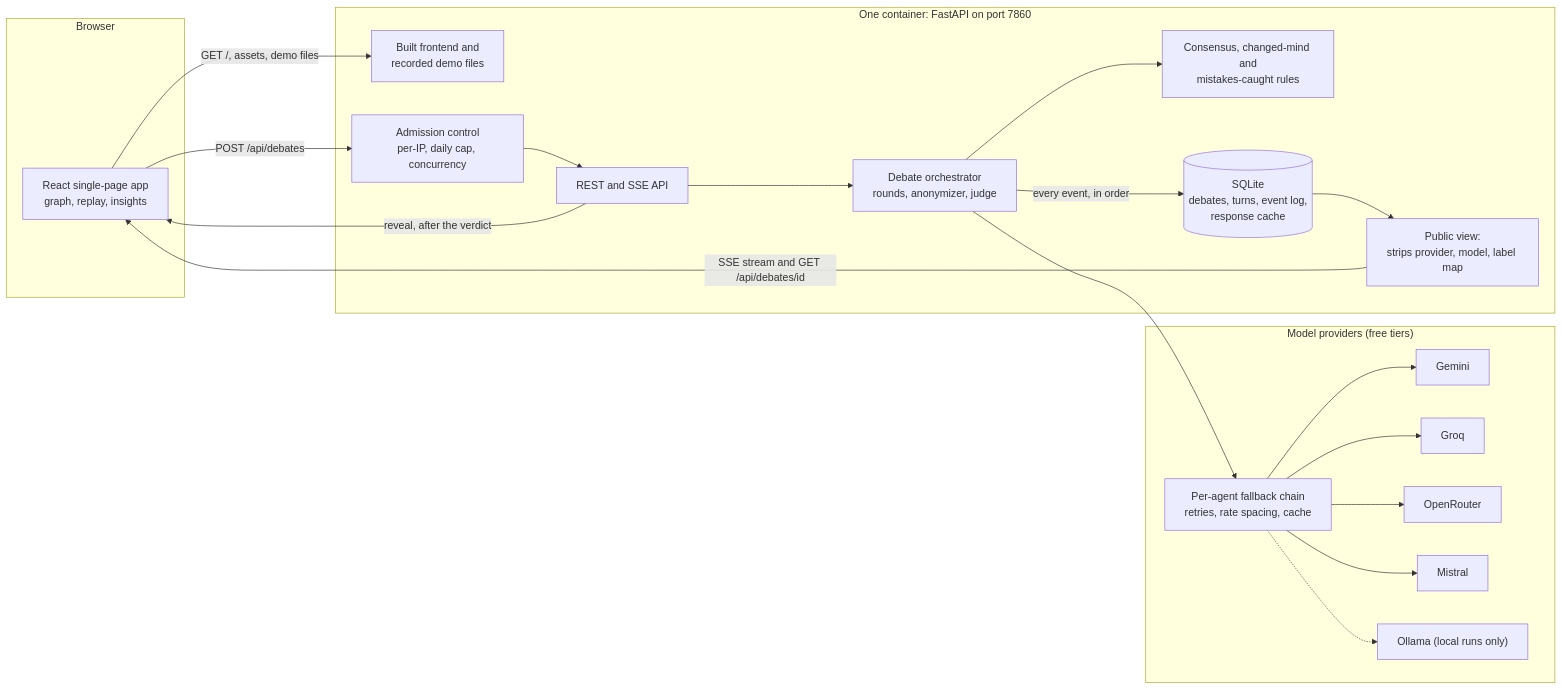
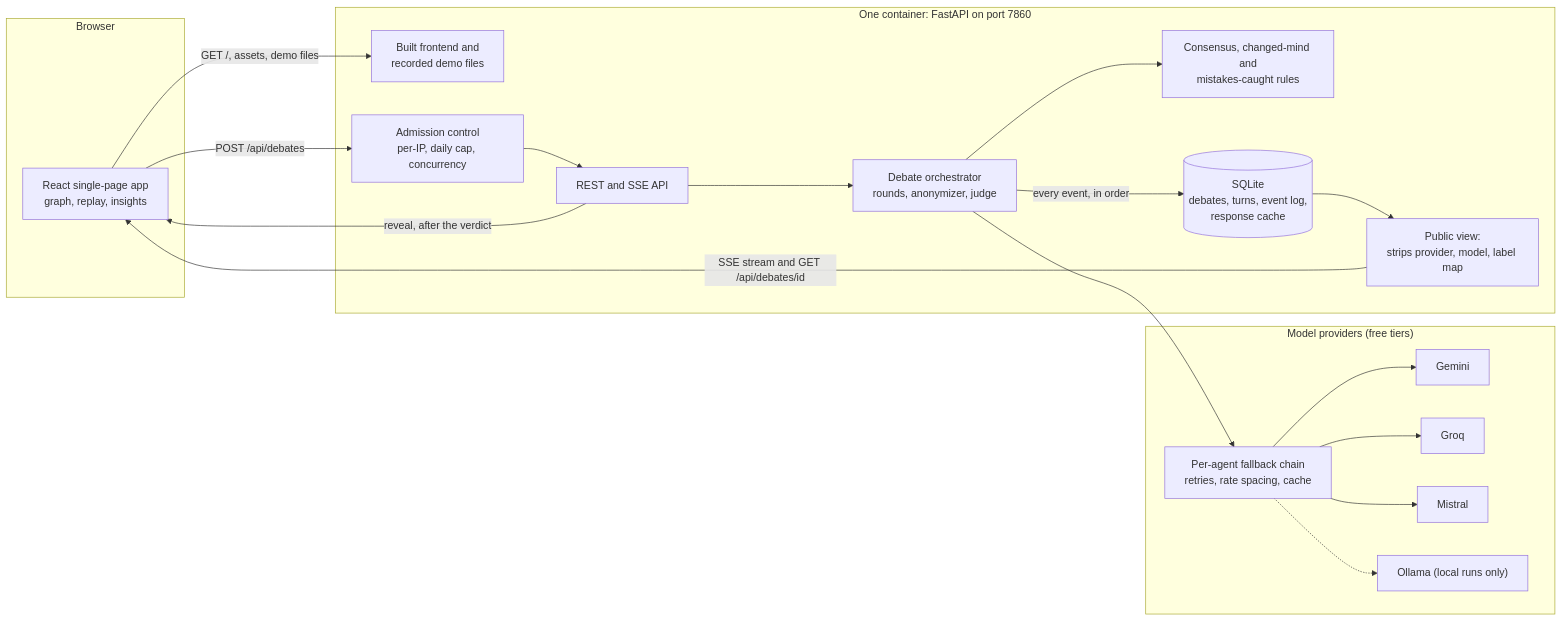
Before and after one commit to sahithi-kanjarla/AgentDebate_System: the diagram in README.md, drawn with Mermaid. The commit also changed other lines of this file and 5 other files, not shown here.

````diff
--- a/README.md
+++ b/README.md
@@ -40,41 +40,39 @@
 ```mermaid
 flowchart LR
     subgraph Browser
         UI["React single-page app<br/>graph, replay, insights"]
     end
 
     subgraph Container["One container: FastAPI on port 7860"]
         STATIC["Built frontend and<br/>recorded demo files"]
         API["REST and SSE API"]
         ADM["Admission control<br/>per-IP, daily cap, concurrency"]
         ORCH["Debate orchestrator<br/>rounds, anonymizer, judge"]
         RULES["Consensus, changed-mind and<br/>mistakes-caught rules"]
         PUB["Public view:<br/>strips provider, model, label map"]
         DB[("SQLite<br/>debates, turns, event log,<br/>response cache")]
     end
 
     subgraph Providers["Model providers (free tiers)"]
         CHAIN["Per-agent fallback chain<br/>retries, rate spacing, cache"]
         GEM["Gemini"]
         GRQ["Groq"]
-        OR["OpenRouter"]
         MIS["Mistral"]
         OLL["Ollama (local runs only)"]
     end
 
     UI -->|"GET /, assets, demo files"| STATIC
     UI -->|"POST /api/debates"| ADM
     ADM --> API
     API --> ORCH
     ORCH --> RULES
     ORCH --> CHAIN
     CHAIN --> GEM
     CHAIN --> GRQ
-    CHAIN --> OR
     CHAIN --> MIS
     CHAIN -.-> OLL
     ORCH -->|"every event, in order"| DB
     DB --> PUB
     PUB -->|"SSE stream and GET /api/debates/id"| UI
     API -->|"reveal, after the verdict"| UI
 ```
````
